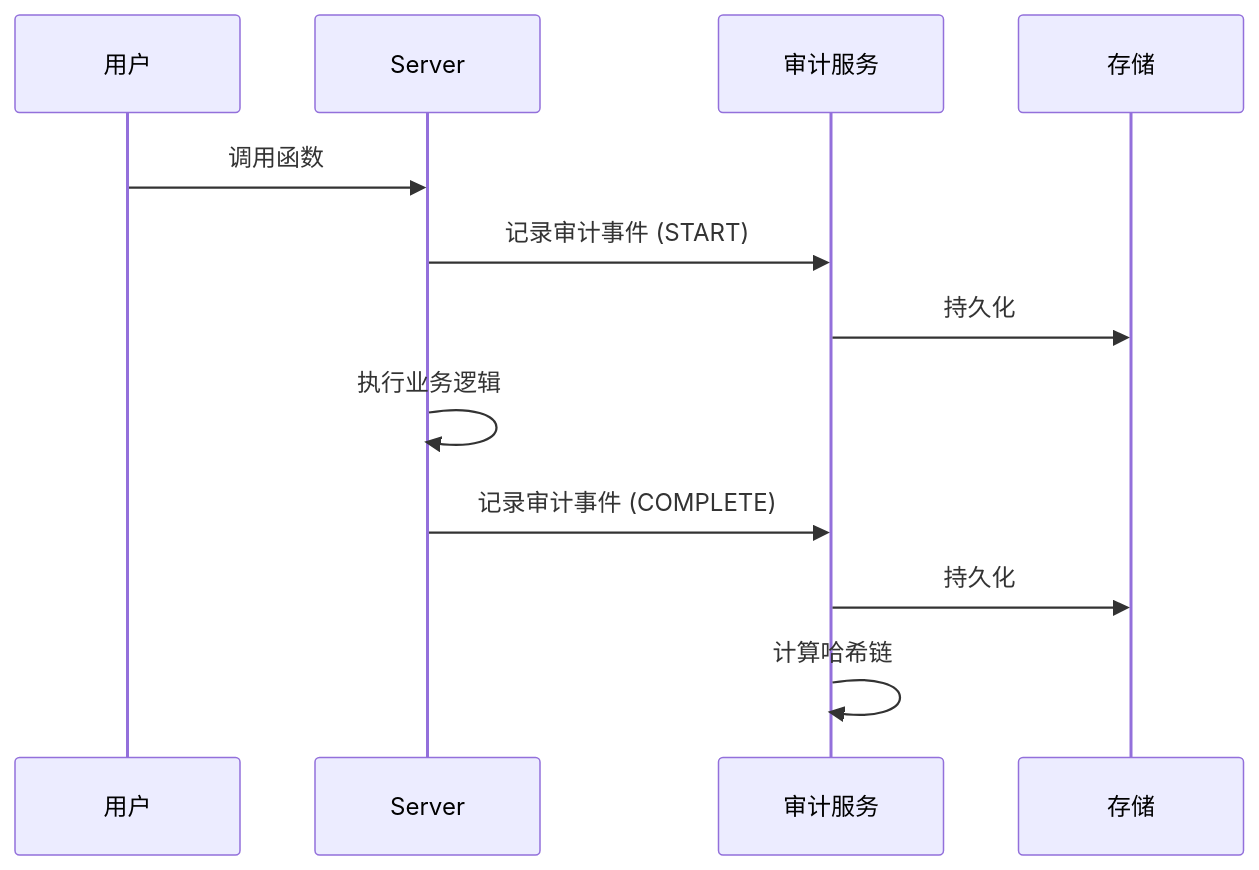
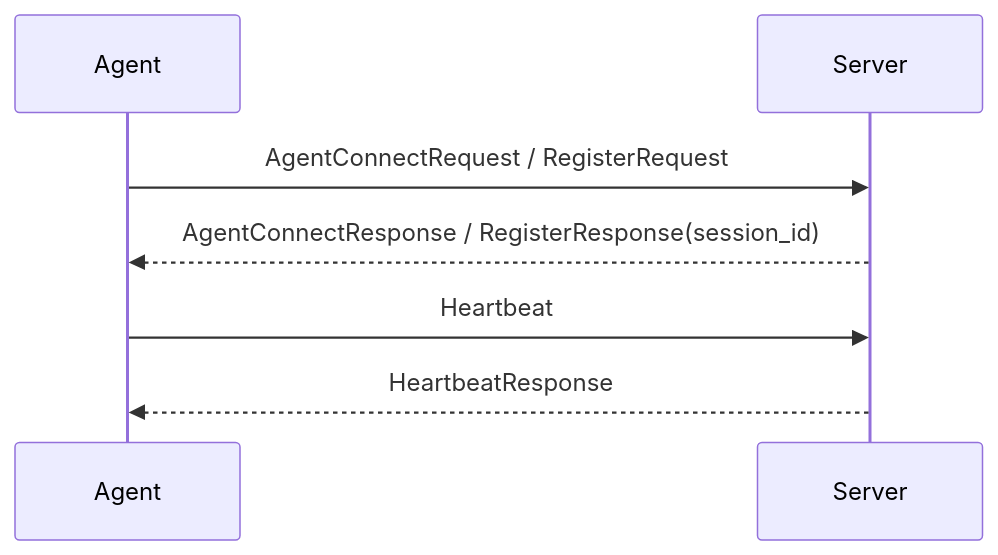
One commit to cuihairu/croupier changed the third of 4 diagrams in docs/architecture/data-flow.md. Above: the diagram before and after it, drawn with Mermaid. The commit also changed other lines of this file and 63 other files, not shown here.

````diff
--- a/docs/architecture/data-flow.md
+++ b/docs/architecture/data-flow.md
@@ -284,17 +56,10 @@
 ```mermaid
 sequenceDiagram
-    participant User as 用户
+    participant Agent as Agent
     participant Server as Server
-    participant Audit as 审计服务
-    participant Storage as 存储
 
-    User->>Server: 调用函数
-    Server->>Audit: 记录审计事件 (START)
-    Audit->>Storage: 持久化
-
-    Server->>Server: 执行业务逻辑
-    Server->>Audit: 记录审计事件 (COMPLETE)
-    Audit->>Storage: 持久化
-
-    Audit->>Audit: 计算哈希链
+    Agent->>Server: AgentConnectRequest / RegisterRequest
+    Server-->>Agent: AgentConnectResponse / RegisterResponse(session_id)
+    Agent->>Server: Heartbeat
+    Server-->>Agent: HeartbeatResponse
 ```
````
